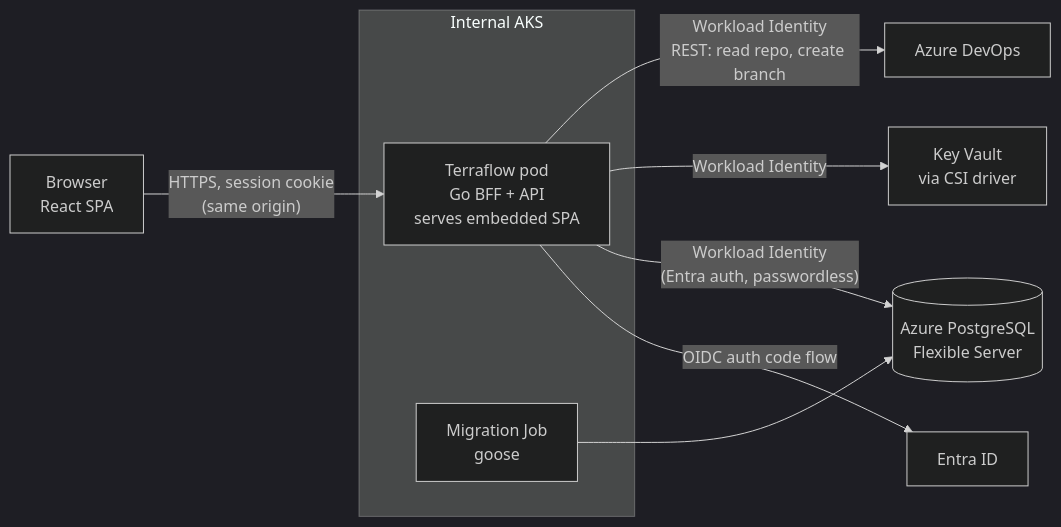
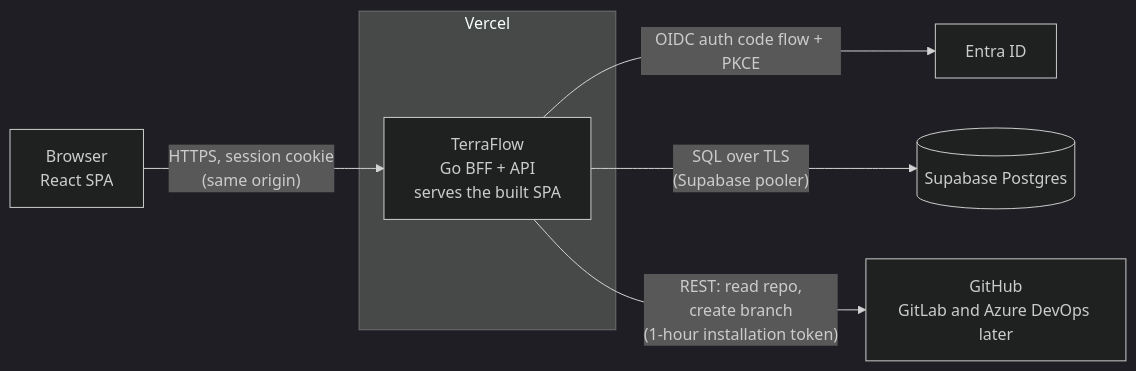
The diagram in docs/02-tech-stack.md (Anmewzaa/TerraFlow), drawn with Mermaid (dark theme) before and after one commit. The commit also changed other lines of this file and 8 other files, not shown here.

First line of the commit message:
docs: Phase 8 plan (git providers, Vercel + Supabase demo), D-049, hard rule 3 amended

````diff
--- a/docs/02-tech-stack.md
+++ b/docs/02-tech-stack.md
@@ -7,15 +7,12 @@
 ```mermaid
 flowchart LR
     U[Browser<br/>React SPA] -- "HTTPS, session cookie<br/>(same origin)" --> T
 
-    subgraph AKS[Internal AKS]
-        T[Terraflow pod<br/>Go BFF + API<br/>serves embedded SPA]
-        J[Migration Job<br/>goose]
+    subgraph V[Vercel]
+        T[TerraFlow<br/>Go BFF + API<br/>serves the built SPA]
     end
 
-    T -- OIDC auth code flow --> E[Entra ID]
-    T -- "Workload Identity<br/>(Entra auth, passwordless)" --> P[(Azure PostgreSQL<br/>Flexible Server)]
-    T -- Workload Identity --> K[Key Vault<br/>via CSI driver]
-    T -- "Workload Identity<br/>REST: read repo, create branch" --> A[Azure DevOps]
-    J --> P
+    T -- OIDC auth code flow + PKCE --> E[Entra ID]
+    T -- "SQL over TLS<br/>(Supabase pooler)" --> P[(Supabase Postgres)]
+    T -- "REST: read repo,<br/>create branch<br/>(1-hour installation token)" --> G[GitHub<br/>GitLab and Azure DevOps later]
 ```
````
